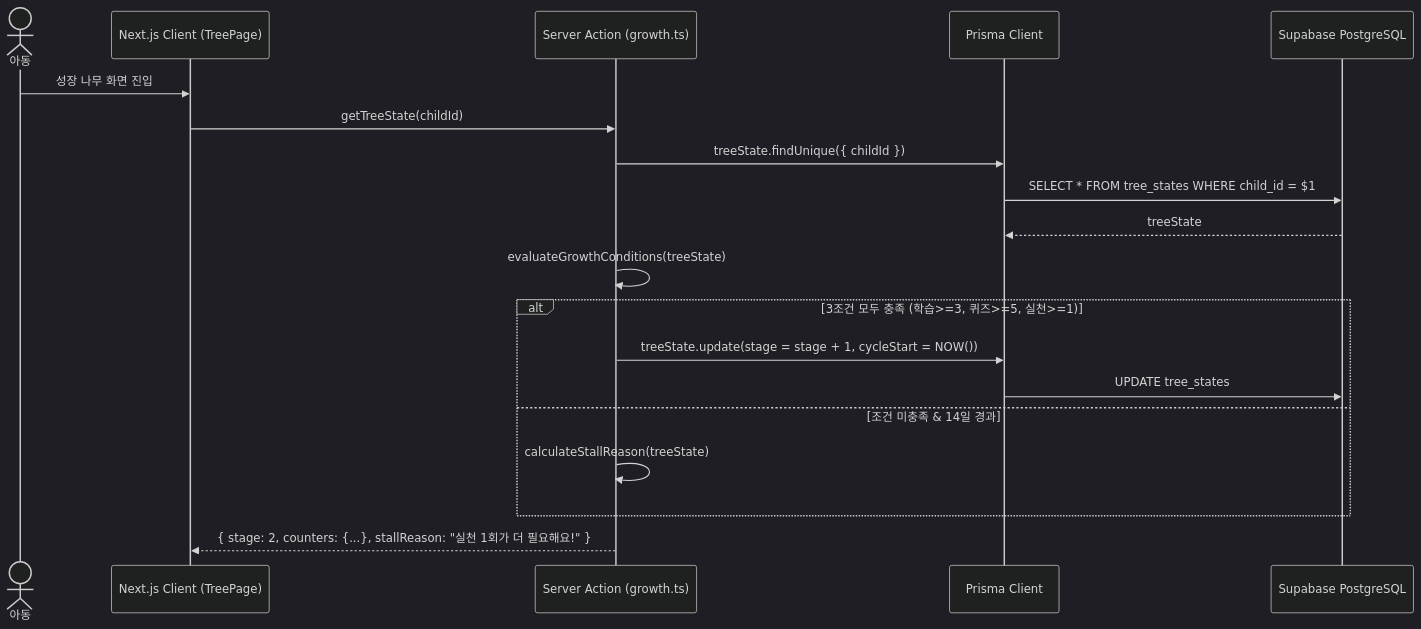
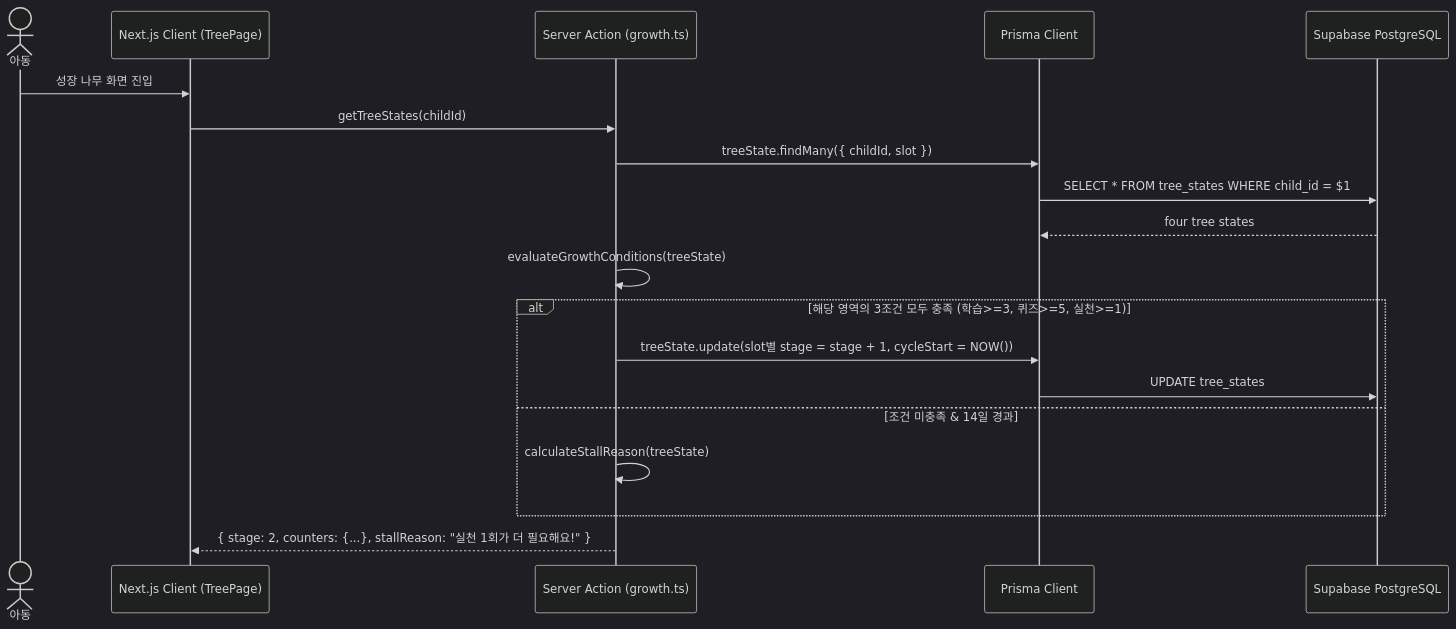
One commit to hayoungv/finfriends-prd-to-srs changed the sixth of 13 diagrams in docs/02-srs/srs.md. Above: the diagram before and after it, drawn with Mermaid (dark theme). The commit also changed other lines of this file and 20 other files, not shown here.

````diff
--- a/docs/02-srs/srs.md
+++ b/docs/02-srs/srs.md
@@ -335,24 +336,24 @@
 ```mermaid
 sequenceDiagram
     actor Child as 아동
     participant Client as Next.js Client (TreePage)
     participant Action as Server Action (growth.ts)
     participant Prisma as Prisma Client
     participant DB as Supabase PostgreSQL
 
     Child->>Client: 성장 나무 화면 진입
-    Client->>Action: getTreeState(childId)
-    Action->>Prisma: treeState.findUnique({ childId })
+    Client->>Action: getTreeStates(childId)
+    Action->>Prisma: treeState.findMany({ childId, slot })
     Prisma->>DB: SELECT * FROM tree_states WHERE child_id = $1
-    DB-->>Prisma: treeState
+    DB-->>Prisma: four tree states
     
     Action->>Action: evaluateGrowthConditions(treeState)
-    alt 3조건 모두 충족 (학습>=3, 퀴즈>=5, 실천>=1)
-        Action->>Prisma: treeState.update(stage = stage + 1, cycleStart = NOW())
+    alt 해당 영역의 3조건 모두 충족 (학습>=3, 퀴즈>=5, 실천>=1)
+        Action->>Prisma: treeState.update(slot별 stage = stage + 1, cycleStart = NOW())
         Prisma->>DB: UPDATE tree_states
     else 조건 미충족 & 14일 경과
         Action->>Action: calculateStallReason(treeState)
     end
     
     Action-->>Client: { stage: 2, counters: {...}, stallReason: "실천 1회가 더 필요해요!" }
 ```
````
